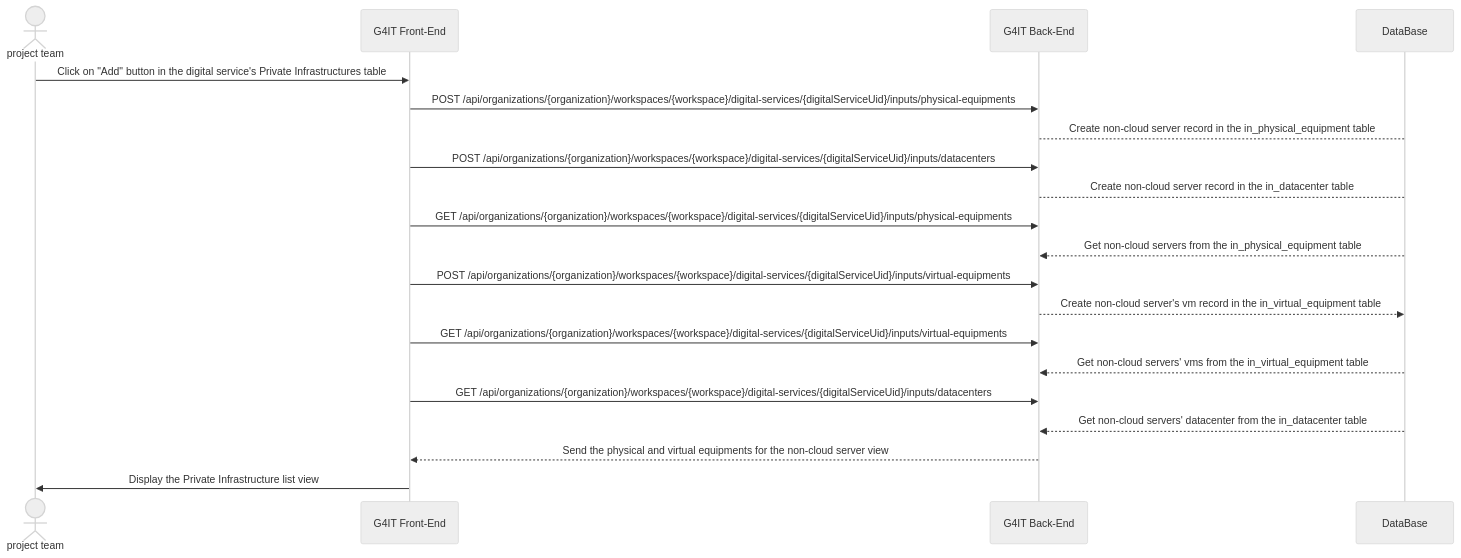
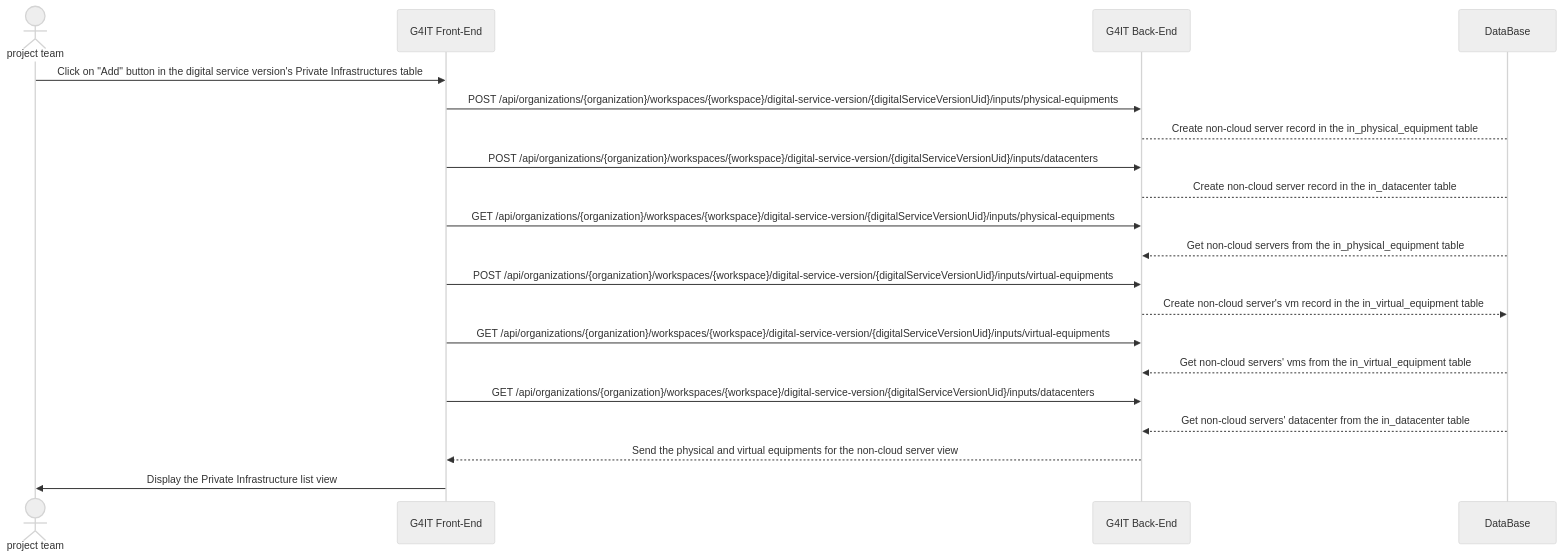
Before and after one commit to teamg4it/g4it: the diagram in services/documentation/content/2-functional-documentation/use_cases/uc_digital_services/uc3_add_visualize_equipments/uc3_add_visualize_noncloud-servers/add_visualize_nonCloud_servers_via_forms.md, drawn with Mermaid (neutral theme). The commit also changed other lines of this file and 34 other files, not shown here.

```diff
--- a/services/documentation/content/2-functional-documentation/use_cases/uc_digital_services/uc3_add_visualize_equipments/uc3_add_visualize_noncloud-servers/add_visualize_nonCloud_servers_via_forms.md
+++ b/services/documentation/content/2-functional-documentation/use_cases/uc_digital_services/uc3_add_visualize_equipments/uc3_add_visualize_noncloud-servers/add_visualize_nonCloud_servers_via_forms.md
@@ -164,24 +164,24 @@
 {{< mermaid >}}
 sequenceDiagram
 actor RND as project team
 participant front as G4IT Front-End
 participant back as G4IT Back-End
 participant DataBase
 
-RND ->> front: Click on "Add" button in the digital service's Private Infrastructures table
-front ->> back: POST /api/organizations/{organization}/workspaces/{workspace}/digital-services/{digitalServiceUid}/inputs/physical-equipments
+RND ->> front: Click on "Add" button in the digital service version's Private Infrastructures table
+front ->> back: POST /api/organizations/{organization}/workspaces/{workspace}/digital-service-version/{digitalServiceVersionUid}/inputs/physical-equipments
 back--> DataBase: Create non-cloud server record in the in_physical_equipment table
-front ->> back: POST /api/organizations/{organization}/workspaces/{workspace}/digital-services/{digitalServiceUid}/inputs/datacenters
+front ->> back: POST /api/organizations/{organization}/workspaces/{workspace}/digital-service-version/{digitalServiceVersionUid}/inputs/datacenters
 back--> DataBase: Create non-cloud server record in the in_datacenter table
-front ->> back: GET /api/organizations/{organization}/workspaces/{workspace}/digital-services/{digitalServiceUid}/inputs/physical-equipments
+front ->> back: GET /api/organizations/{organization}/workspaces/{workspace}/digital-service-version/{digitalServiceVersionUid}/inputs/physical-equipments
 DataBase-->> back: Get non-cloud servers from the in_physical_equipment table
-front ->> back: POST /api/organizations/{organization}/workspaces/{workspace}/digital-services/{digitalServiceUid}/inputs/virtual-equipments
+front ->> back: POST /api/organizations/{organization}/workspaces/{workspace}/digital-service-version/{digitalServiceVersionUid}/inputs/virtual-equipments
 back-->> DataBase: Create non-cloud server's vm record in the in_virtual_equipment table
-front ->> back: GET /api/organizations/{organization}/workspaces/{workspace}/digital-services/{digitalServiceUid}/inputs/virtual-equipments
+front ->> back: GET /api/organizations/{organization}/workspaces/{workspace}/digital-service-version/{digitalServiceVersionUid}/inputs/virtual-equipments
 DataBase-->> back: Get non-cloud servers' vms from the in_virtual_equipment table
-front ->> back: GET /api/organizations/{organization}/workspaces/{workspace}/digital-services/{digitalServiceUid}/inputs/datacenters
+front ->> back: GET /api/organizations/{organization}/workspaces/{workspace}/digital-service-version/{digitalServiceVersionUid}/inputs/datacenters
 DataBase-->> back: Get non-cloud servers' datacenter from the in_datacenter table
 back-->> front: Send the physical and virtual equipments for the non-cloud server view
 front->> RND : Display the Private Infrastructure list view
 
 {{< /mermaid >}}
```
